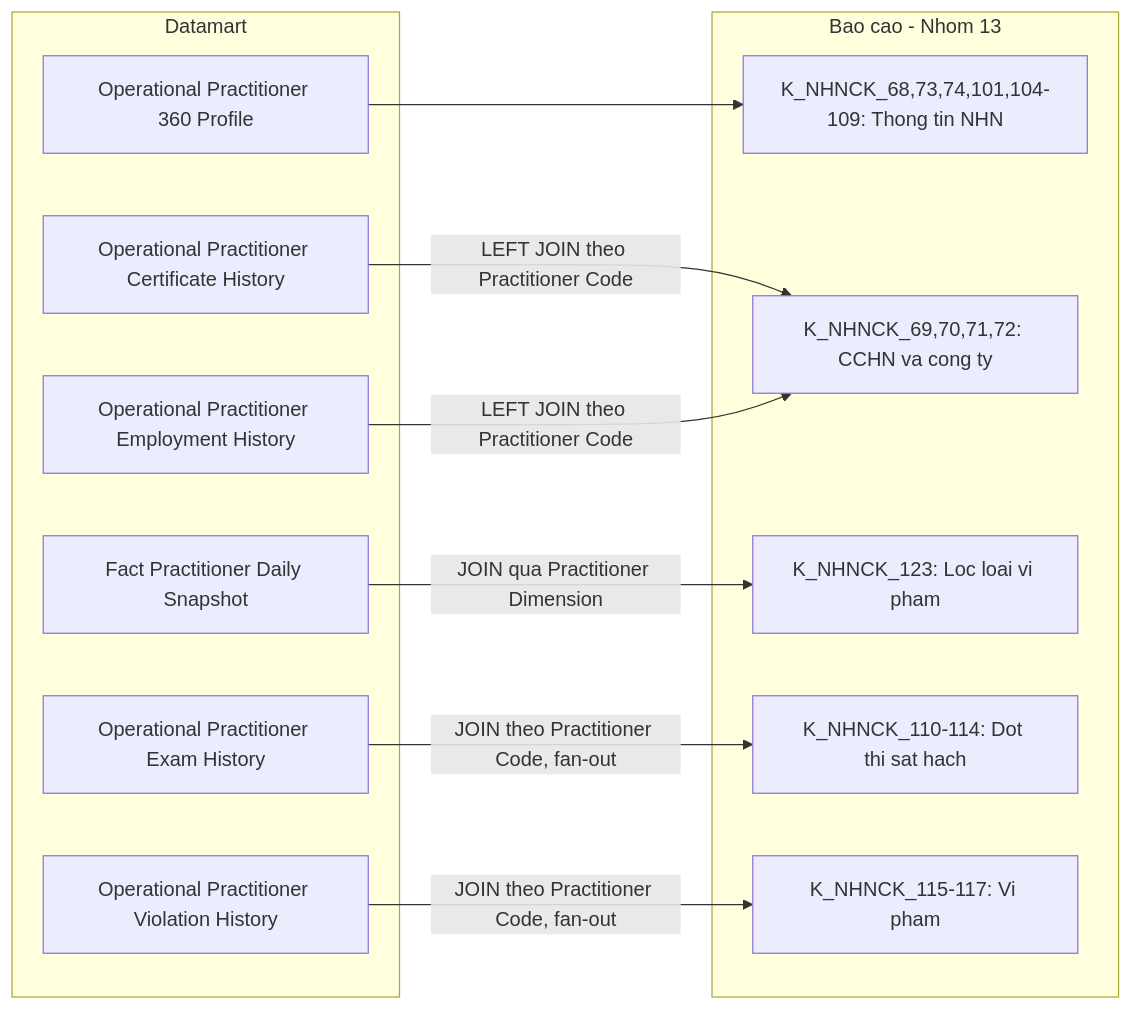
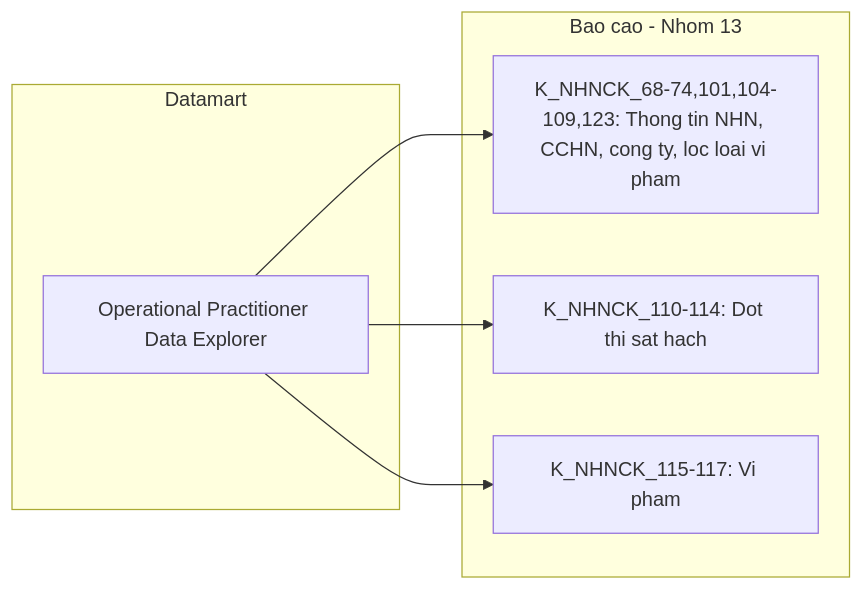
Diagram 40 of 41 in Datamart/hld/DTM_NHNCK_HLD.md (linhlvit/ubck_atomic_design), drawn with Mermaid before and after one commit. The commit also changed other lines of this file and 10 other files, not shown here.

Commit message:
feat(nhnck): khoi phuc va dong bo bang opr_practitioner_data_explorer (Nhom 13) tren HLD LLD flat tables va datamart_model

````diff
--- a/Datamart/hld/DTM_NHNCK_HLD.md
+++ b/Datamart/hld/DTM_NHNCK_HLD.md
@@ -1662,24 +1733,14 @@
 ```mermaid
 flowchart LR
     subgraph Datamart["Datamart"]
-        G1["Operational Practitioner 360 Profile"]
-        G2["Operational Practitioner Certificate History"]
-        G3["Operational Practitioner Employment History"]
-        G4["Fact Practitioner Daily Snapshot"]
-        G5["Operational Practitioner Exam History"]
-        G6["Operational Practitioner Violation History"]
+        G1["Operational Practitioner Data Explorer"]
     end
     subgraph RPT["Bao cao - Nhom 13"]
-        R1["K_NHNCK_68,73,74,101,104-109: Thong tin NHN"]
-        R2["K_NHNCK_69,70,71,72: CCHN va cong ty"]
-        R3["K_NHNCK_123: Loc loai vi pham"]
-        R4["K_NHNCK_110-114: Dot thi sat hach"]
-        R5["K_NHNCK_115-117: Vi pham"]
+        R1["K_NHNCK_68-74,101,104-109,123: Thong tin NHN, CCHN, cong ty, loc loai vi pham"]
+        R2["K_NHNCK_110-114: Dot thi sat hach"]
+        R3["K_NHNCK_115-117: Vi pham"]
     end
     G1 --> R1
-    G2 -- "LEFT JOIN theo Practitioner Code" --> R2
-    G3 -- "LEFT JOIN theo Practitioner Code" --> R2
-    G4 -- "JOIN qua Practitioner Dimension" --> R3
-    G5 -- "JOIN theo Practitioner Code, fan-out" --> R4
-    G6 -- "JOIN theo Practitioner Code, fan-out" --> R5
+    G1 --> R2
+    G1 --> R3
 ```
````
